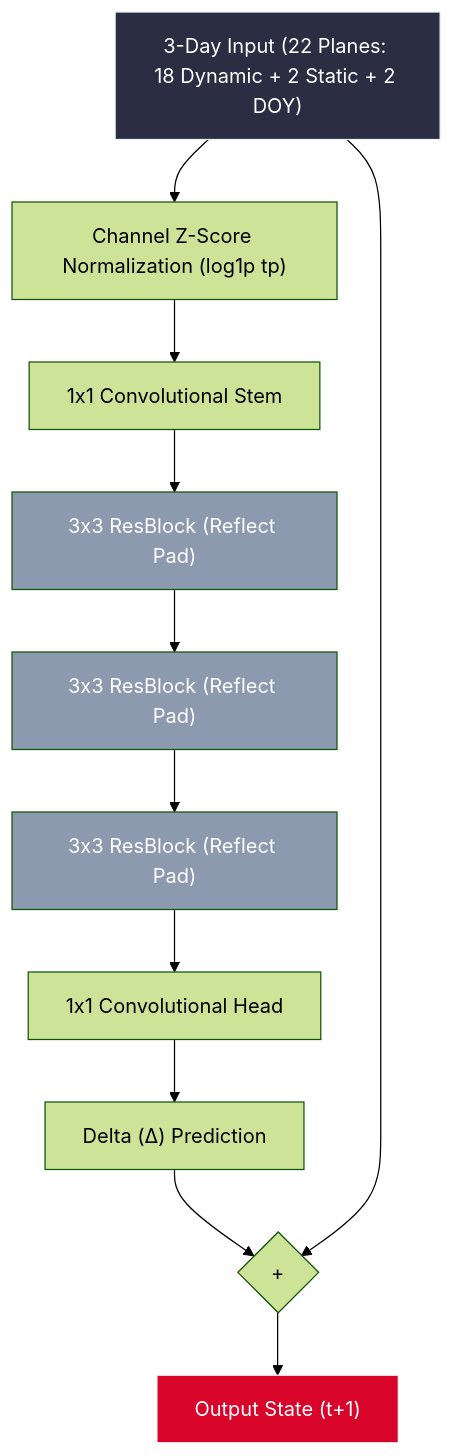
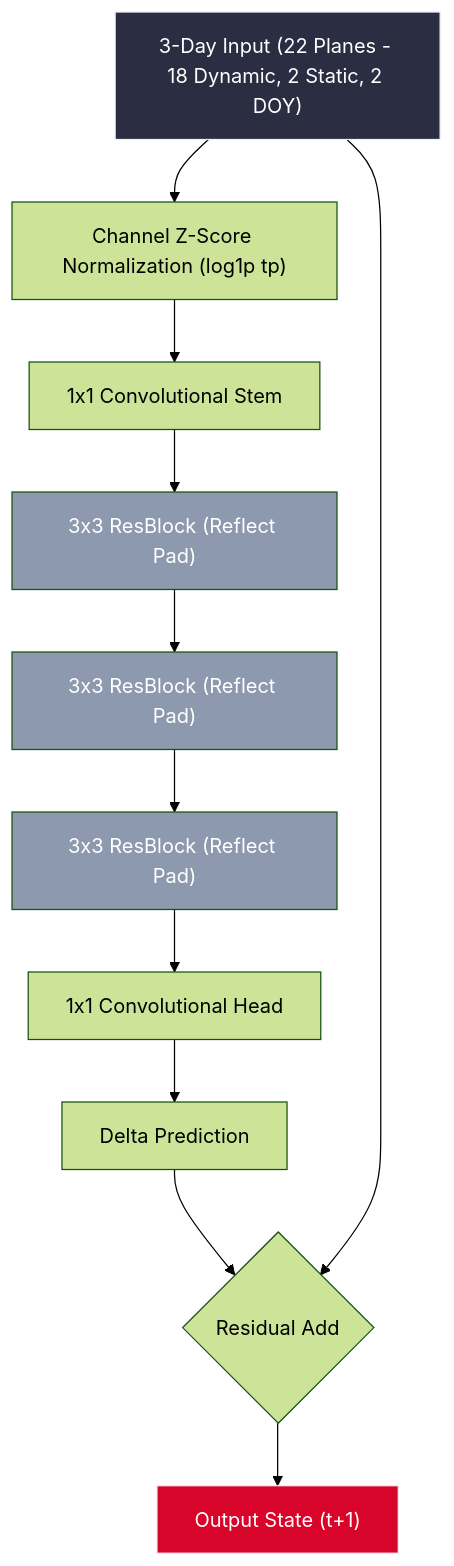
One commit to Abhishekgit01/Vaayu changed the second of 2 diagrams in README.md. Above: the diagram before and after it, drawn with Mermaid (forest theme). The commit also changed other lines of this file, not shown here.

Commit message:
Fix Mermaid diagram syntax for GitHub rendering

````diff
--- a/README.md
+++ b/README.md
@@ -39,19 +39,19 @@
 ```mermaid
 flowchart TD
-    In["3-Day Input (22 Planes: 18 Dynamic + 2 Static + 2 DOY)"] --> Norm["Channel Z-Score Normalization (log1p tp)"]
-    Norm --> Stem["1x1 Convolutional Stem"]
-    Stem --> Res1["3x3 ResBlock (Reflect Pad)"]
-    Res1 --> Res2["3x3 ResBlock (Reflect Pad)"]
-    Res2 --> Res3["3x3 ResBlock (Reflect Pad)"]
-    Res3 --> Head["1x1 Convolutional Head"]
-    Head --> Delta["Delta (Δ) Prediction"]
-    Delta --> Add{"+"}
-    In --> Add
-    Add --> Out["Output State (t+1)"]
+    N0["3-Day Input (22 Planes - 18 Dynamic, 2 Static, 2 DOY)"] --> N1["Channel Z-Score Normalization (log1p tp)"]
+    N1 --> N2["1x1 Convolutional Stem"]
+    N2 --> R1["3x3 ResBlock (Reflect Pad)"]
+    R1 --> R2["3x3 ResBlock (Reflect Pad)"]
+    R2 --> R3["3x3 ResBlock (Reflect Pad)"]
+    R3 --> HD["1x1 Convolutional Head"]
+    HD --> DL["Delta Prediction"]
+    DL --> ADD{"Residual Add"}
+    N0 --> ADD
+    ADD --> OUT["Output State (t+1)"]
 
-    style In fill:#2b2d42,stroke:#edf2f4,color:#fff
-    style Out fill:#d90429,stroke:#edf2f4,color:#fff
-    style Res1 fill:#8d99ae,color:#fff
-    style Res2 fill:#8d99ae,color:#fff
-    style Res3 fill:#8d99ae,color:#fff
+    style N0 fill:#2b2d42,stroke:#edf2f4,color:#ffffff
+    style OUT fill:#d90429,stroke:#edf2f4,color:#ffffff
+    style R1 fill:#8d99ae,color:#ffffff
+    style R2 fill:#8d99ae,color:#ffffff
+    style R3 fill:#8d99ae,color:#ffffff
 ```
````
